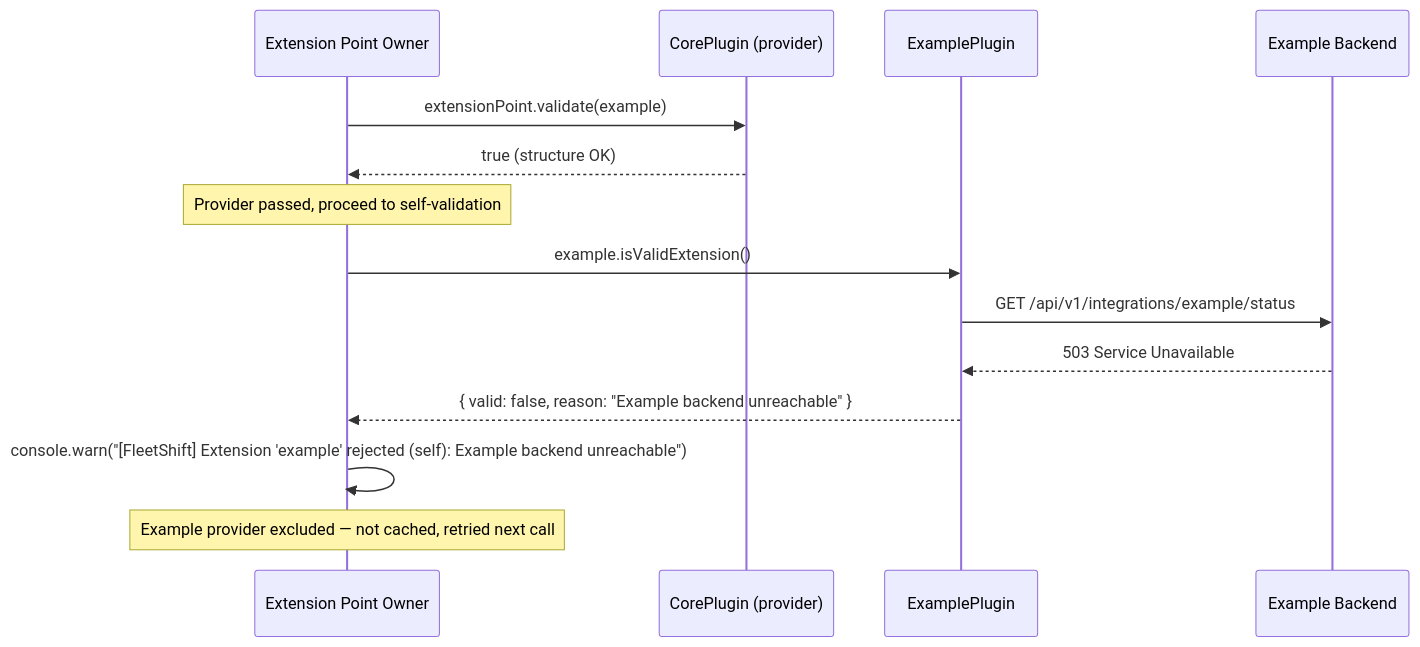
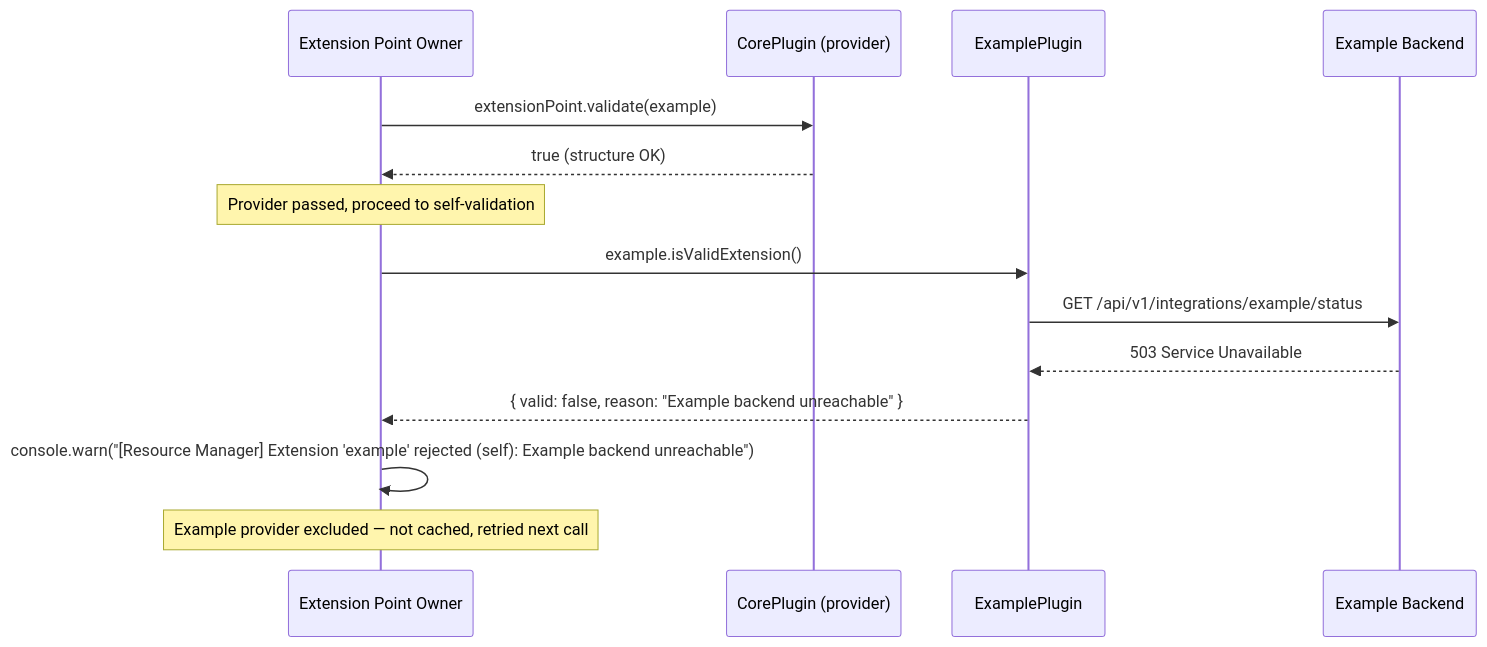
The fourth of 4 diagrams in docs/ui/extension-validation.md (fleetshift/fleetshift-poc), drawn with Mermaid before and after one commit. The commit also changed other lines of this file and 1079 other files, not shown here.

Commit message:
Rename experimental OCM resource manager source and runtime identities

````diff
--- a/docs/ui/extension-validation.md
+++ b/docs/ui/extension-validation.md
@@ -586,18 +586,18 @@
 ```mermaid
 sequenceDiagram
     participant EPOwner as Extension Point Owner
     participant Core as CorePlugin (provider)
     participant ExampleProvider as ExamplePlugin
     participant Backend as Example Backend
 
     EPOwner->>Core: extensionPoint.validate(example)
     Core-->>EPOwner: true (structure OK)
 
     Note over EPOwner: Provider passed, proceed to self-validation
     EPOwner->>ExampleProvider: example.isValidExtension()
     ExampleProvider->>Backend: GET /api/v1/integrations/example/status
     Backend-->>ExampleProvider: 503 Service Unavailable
     ExampleProvider-->>EPOwner: { valid: false, reason: "Example backend unreachable" }
-    EPOwner->>EPOwner: console.warn("[FleetShift] Extension 'example' rejected (self): Example backend unreachable")
+    EPOwner->>EPOwner: console.warn("[Resource Manager] Extension 'example' rejected (self): Example backend unreachable")
     Note over EPOwner: Example provider excluded — not cached, retried next call
 ```
````
